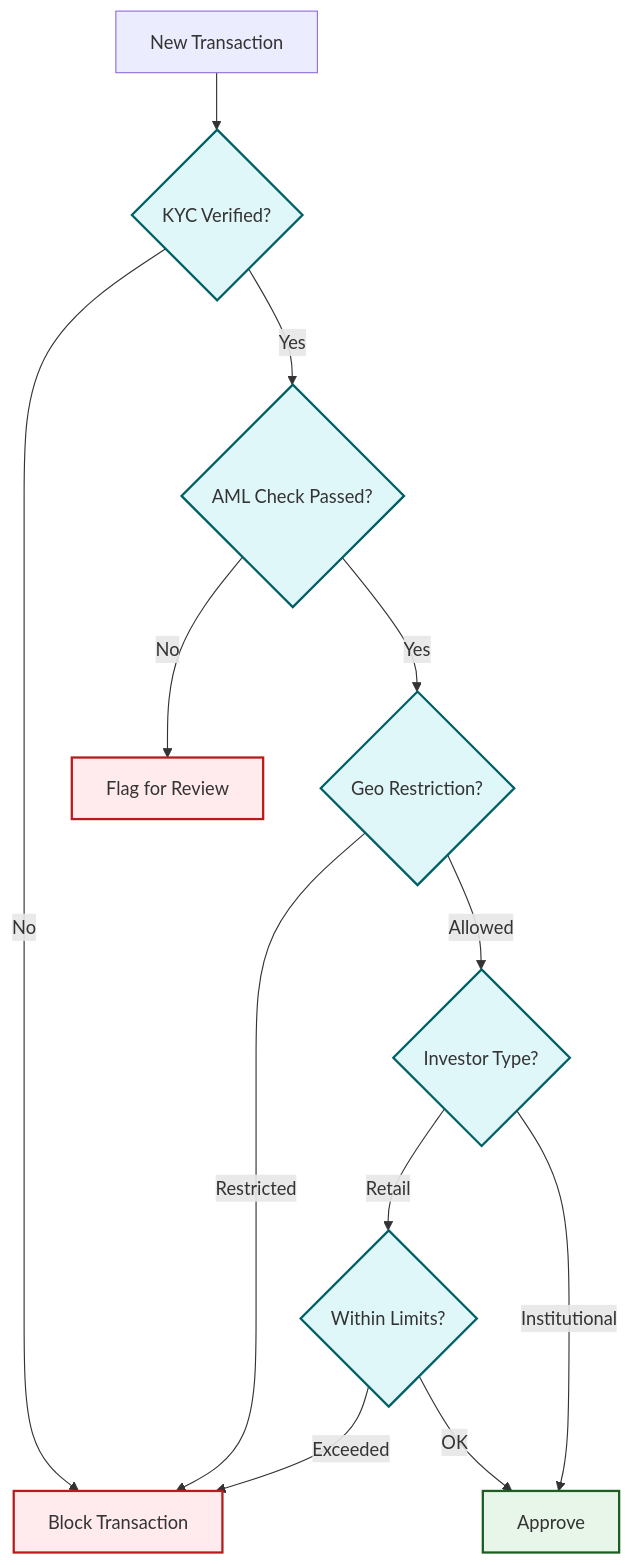
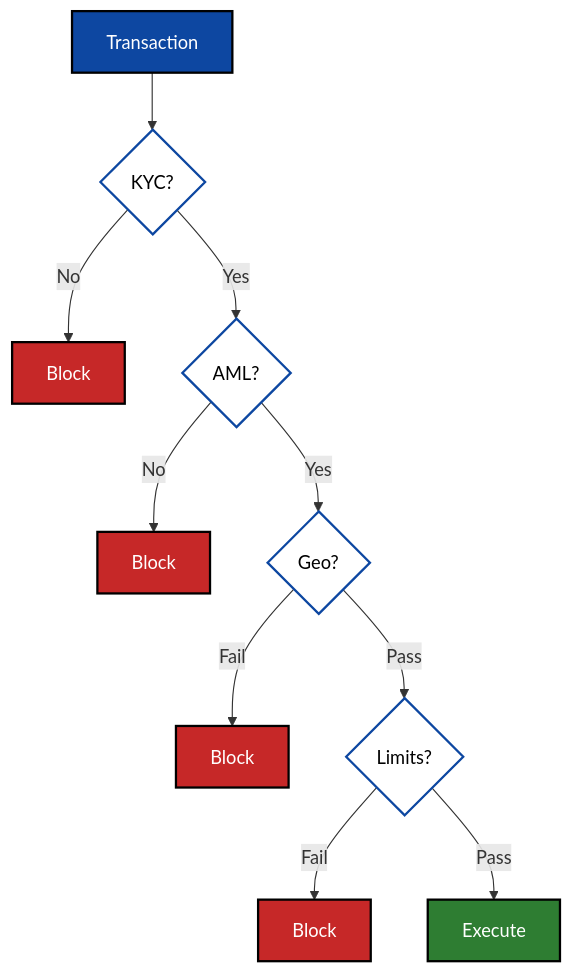
Before and after one commit to MrDecryptDecipher/xrpl-institutional-fund-management: the tenth of 17 diagrams in README.md, drawn with Mermaid. The commit also changed other lines of this file, not shown here.

Commit message:
docs: final polish of readme with high-contrast diagrams and fixes

````diff
--- a/README.md
+++ b/README.md
@@ -431,23 +378,21 @@
 ```mermaid
-flowchart TD
-    %% Styles
-    classDef check fill:#e0f7fa,stroke:#006064,stroke-width:2px;
-    classDef pass fill:#e8f5e9,stroke:#1b5e20,stroke-width:2px;
-    classDef fail fill:#ffebee,stroke:#b71c1c,stroke-width:2px;
+graph TD
+    %% Theme: Institutional
+    classDef primary fill:#0D47A1,stroke:#000,stroke-width:2px,color:#fff;
+    classDef decision fill:#fff,stroke:#0D47A1,stroke-width:2px,color:#000;
+    classDef stop fill:#C62828,stroke:#000,stroke-width:2px,color:#fff;
+    classDef pass fill:#2E7D32,stroke:#000,stroke-width:2px,color:#fff;
 
-    Tx[New Transaction] --> KYC{KYC Verified?}:::check
-    KYC -- No --> Block[Block Transaction]:::fail
-    KYC -- Yes --> AML{AML Check Passed?}:::check
+    Tx[Transaction]:::primary --> KYC{KYC?}:::decision
+    KYC -- No --> Block1[Block]:::stop
+    KYC -- Yes --> AML{AML?}:::decision
     
-    AML -- No --> Flag[Flag for Review]:::fail
-    AML -- Yes --> Geo{Geo Restriction?}:::check
+    AML -- No --> Block2[Block]:::stop
+    AML -- Yes --> Geo{Geo?}:::decision
     
-    Geo -- Restricted --> Block
-    Geo -- Allowed --> InvestorType{Investor Type?}:::check
+    Geo -- Fail --> Block3[Block]:::stop
+    Geo -- Pass --> Limit{Limits?}:::decision
     
-    InvestorType -- Retail --> Limit{Within Limits?}:::check
-    InvestorType -- Institutional --> Approve[Approve]:::pass
-    
-    Limit -- Exceeded --> Block
-    Limit -- OK --> Approve
+    Limit -- Fail --> Block4[Block]:::stop
+    Limit -- Pass --> Execute[Execute]:::pass
 ```
````
